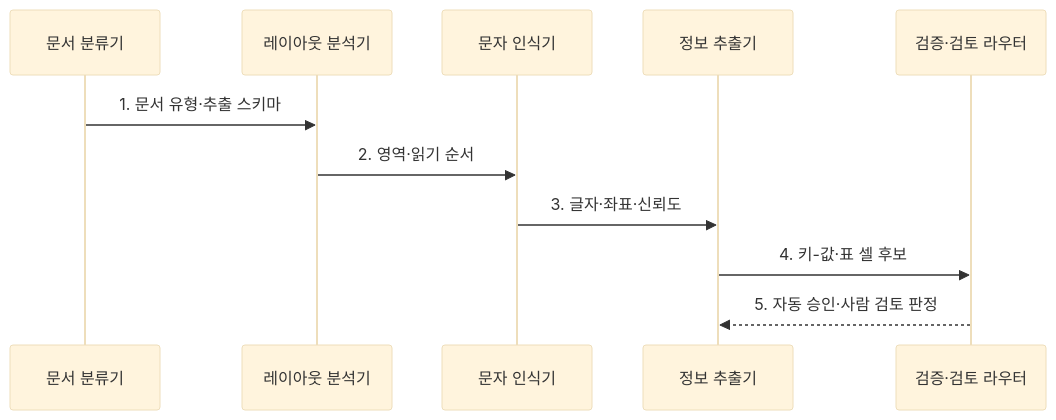
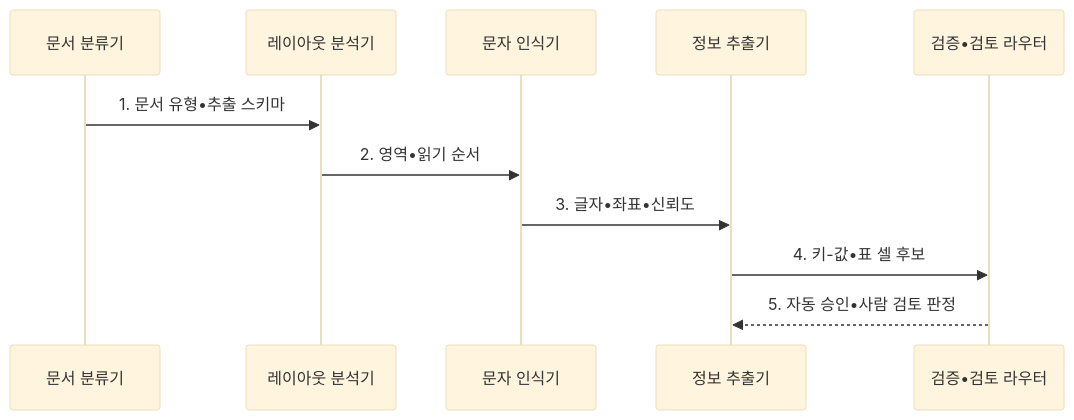
Before and after one commit to agnusdei1207/knowledge-base: the second of 2 diagrams in src/content/docs/notes/08-latest-tech/093_document_ai.md, drawn with Mermaid (base theme). The commit also changed other lines of this file and 953 other files, not shown here.

````diff
--- a/src/content/docs/notes/08-latest-tech/093_document_ai.md
+++ b/src/content/docs/notes/08-latest-tech/093_document_ai.md
@@ -97,13 +97,13 @@
 ```mermaid
 sequenceDiagram
   participant C as 문서 분류기
   participant L as 레이아웃 분석기
   participant O as 문자 인식기
   participant E as 정보 추출기
-  participant R as 검증·검토 라우터
-  C->>L: 1. 문서 유형·추출 스키마
-  L->>O: 2. 영역·읽기 순서
-  O->>E: 3. 글자·좌표·신뢰도
-  E->>R: 4. 키-값·표 셀 후보
-  R-->>E: 5. 자동 승인·사람 검토 판정
+  participant R as 검증•검토 라우터
+  C->>L: 1. 문서 유형•추출 스키마
+  L->>O: 2. 영역•읽기 순서
+  O->>E: 3. 글자•좌표•신뢰도
+  E->>R: 4. 키-값•표 셀 후보
+  R-->>E: 5. 자동 승인•사람 검토 판정
 ```
````
